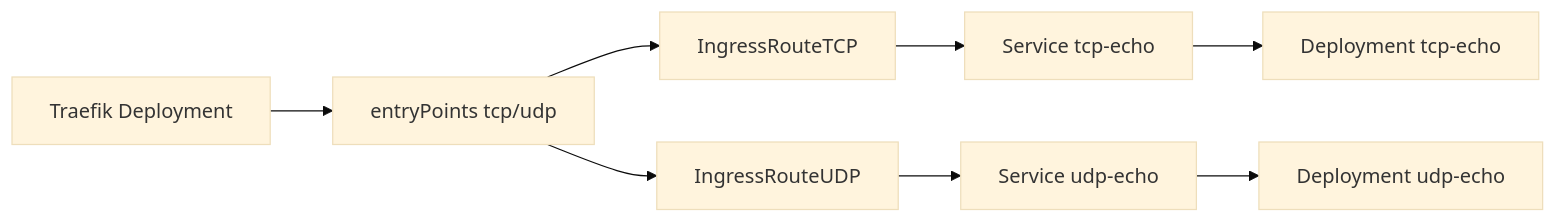
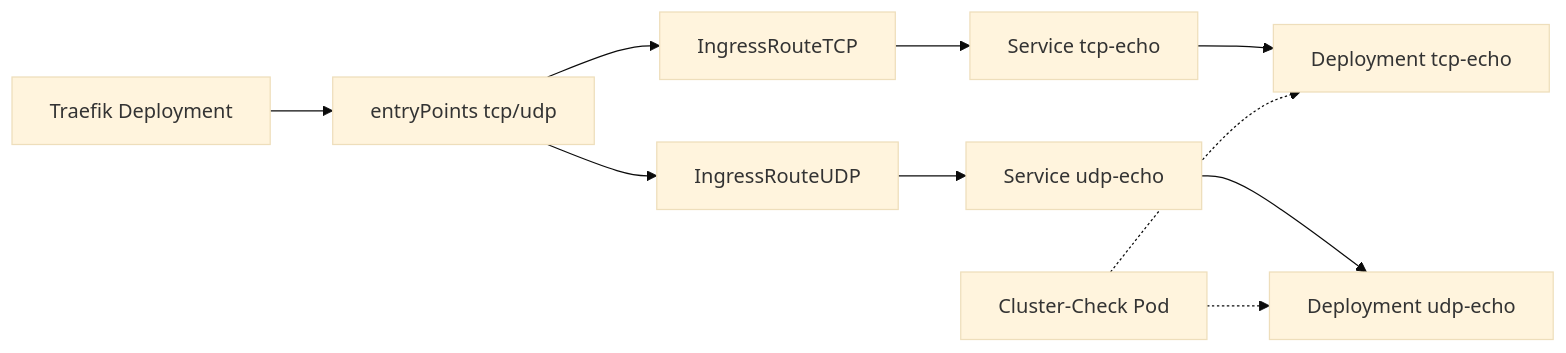
Before and after one commit to Hoangvu75/k8s_manifest: the fifth of 5 diagrams in .qoder/repowiki/en/content/Playground Applications/Demo Applications/TCP Echo Demo Application.md, drawn with Mermaid (base theme). The commit also changed other lines of this file and 5 other files, not shown here.

````diff
--- a/.qoder/repowiki/en/content/Playground Applications/Demo Applications/TCP Echo Demo Application.md
+++ b/.qoder/repowiki/en/content/Playground Applications/Demo Applications/TCP Echo Demo Application.md
@@ -272,10 +369,12 @@
 ```mermaid
 graph LR
 TR["Traefik Deployment"] --> EP["entryPoints tcp/udp"]
 EP --> IRT["IngressRouteTCP"]
 EP --> IRU["IngressRouteUDP"]
 IRT --> SVC["Service tcp-echo"]
 IRU --> SVCU["Service udp-echo"]
 SVC --> DEP["Deployment tcp-echo"]
 SVCU --> DEPU["Deployment udp-echo"]
+CC["Cluster-Check Pod"] -.-> DEP
+CC -.-> DEPU
 ```
````
